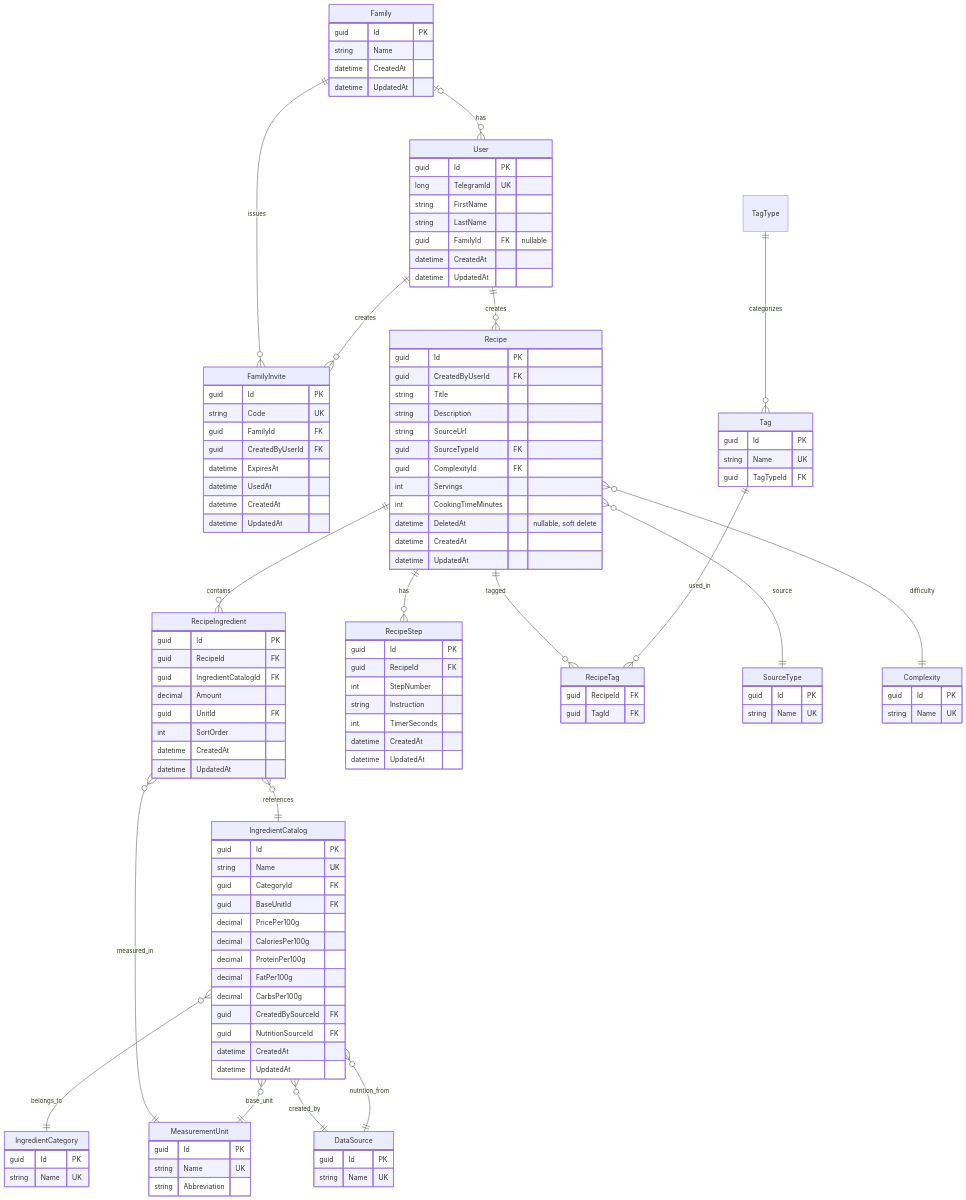
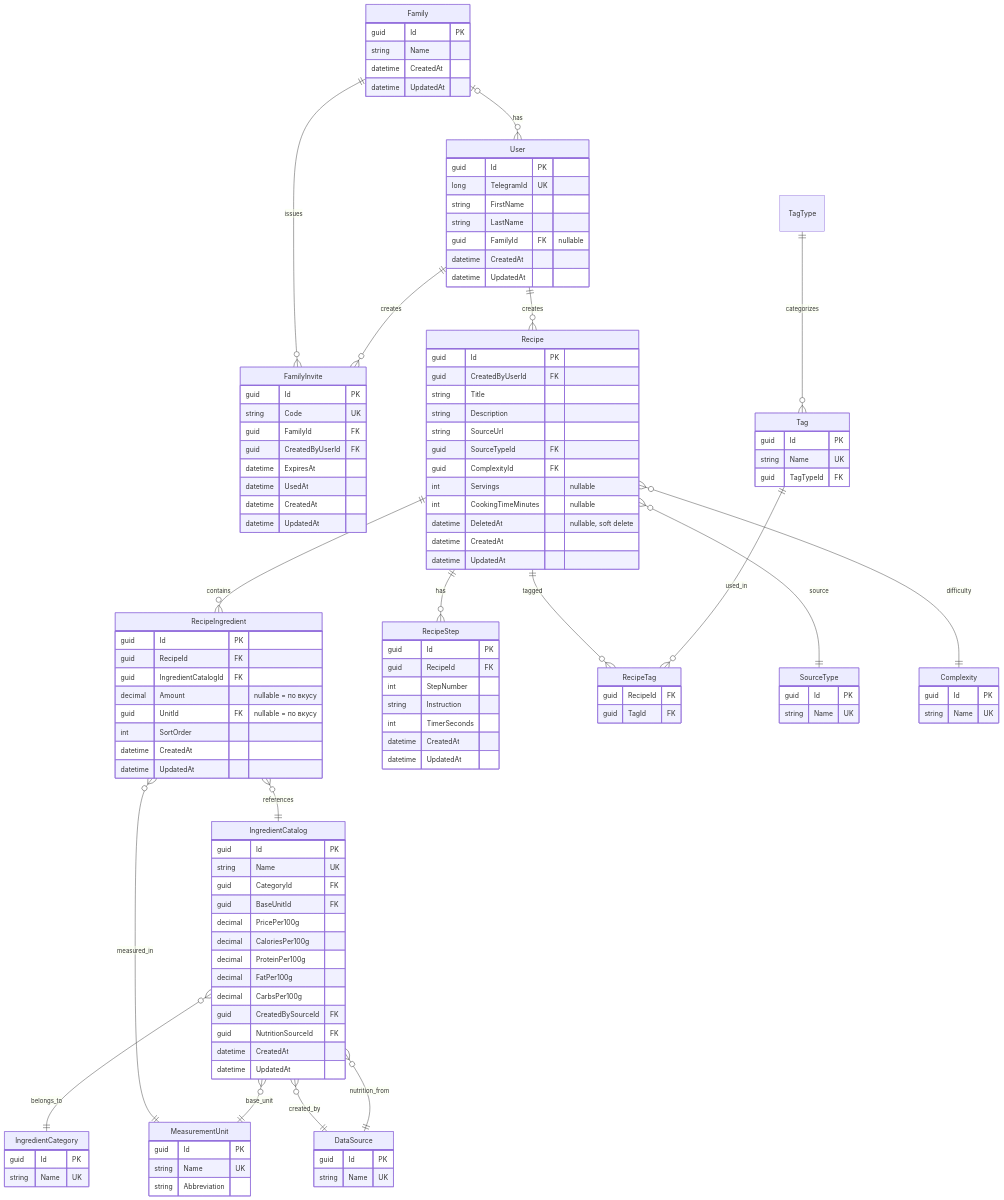
The diagram in CLAUDE.md (Henogapok/CookingApp), drawn with Mermaid before and after one commit. The commit also changed other lines of this file and 64 other files, not shown here.

```diff
--- a/CLAUDE.md
+++ b/CLAUDE.md
@@ -173,8 +173,8 @@
     string SourceUrl
     guid SourceTypeId FK
     guid ComplexityId FK
-    int Servings
-    int CookingTimeMinutes
+    int Servings "nullable"
+    int CookingTimeMinutes "nullable"
     datetime DeletedAt "nullable, soft delete"
     datetime CreatedAt
     datetime UpdatedAt
@@ -226,8 +226,8 @@
     guid Id PK
     guid RecipeId FK
     guid IngredientCatalogId FK
-    decimal Amount
-    guid UnitId FK
+    decimal Amount "nullable = по вкусу"
+    guid UnitId FK "nullable = по вкусу"
     int SortOrder
     datetime CreatedAt
     datetime UpdatedAt
```
